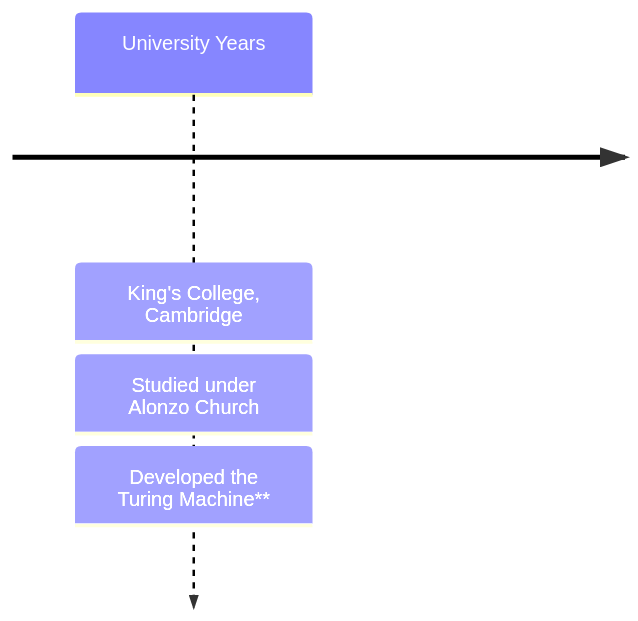
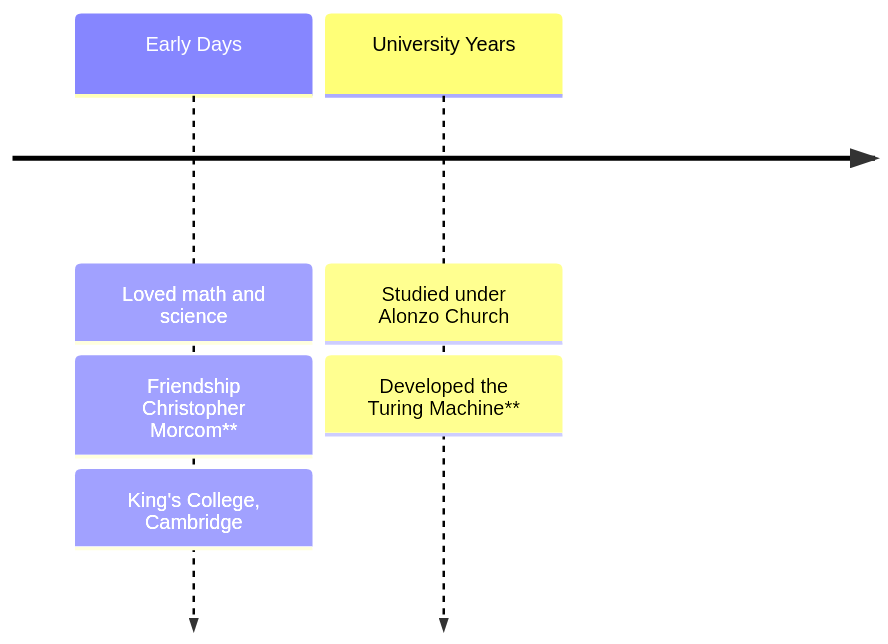
Before and after one commit to Furkanzmc/cppnorth-2024-shoulders-we-stand-on: the sixth of 13 diagrams in pages/furkan.md, drawn with Mermaid. The commit also changed other lines of this file and 1 other file, not shown here.

````diff
--- a/pages/furkan.md
+++ b/pages/furkan.md
@@ -423,6 +347,8 @@
 ```mermaid
 timeline
-    University Years : King's College, Cambridge
-                     : Studied under Alonzo Church
+    Early Days : Loved math and science
+               : Friendship Christopher Morcom**
+               : King's College, Cambridge
+    University Years : Studied under Alonzo Church
                      : Developed the Turing Machine**
 ```
````
